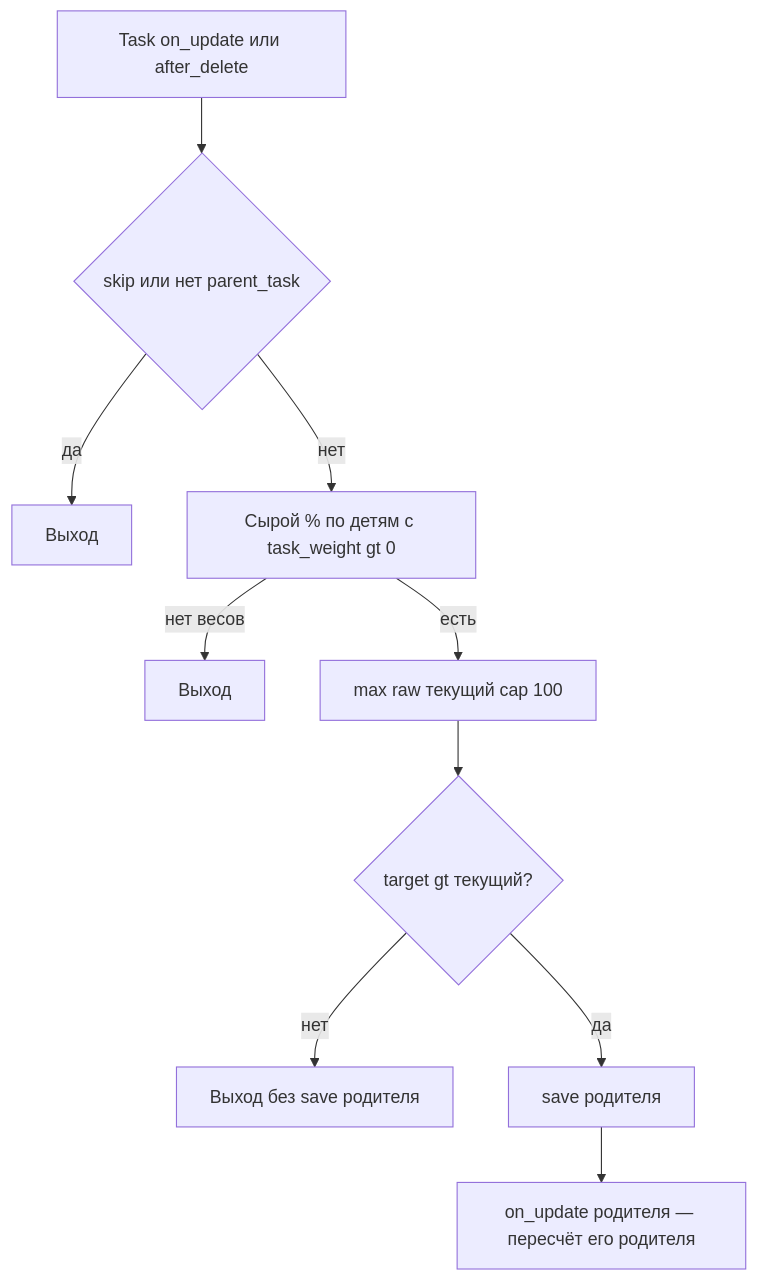
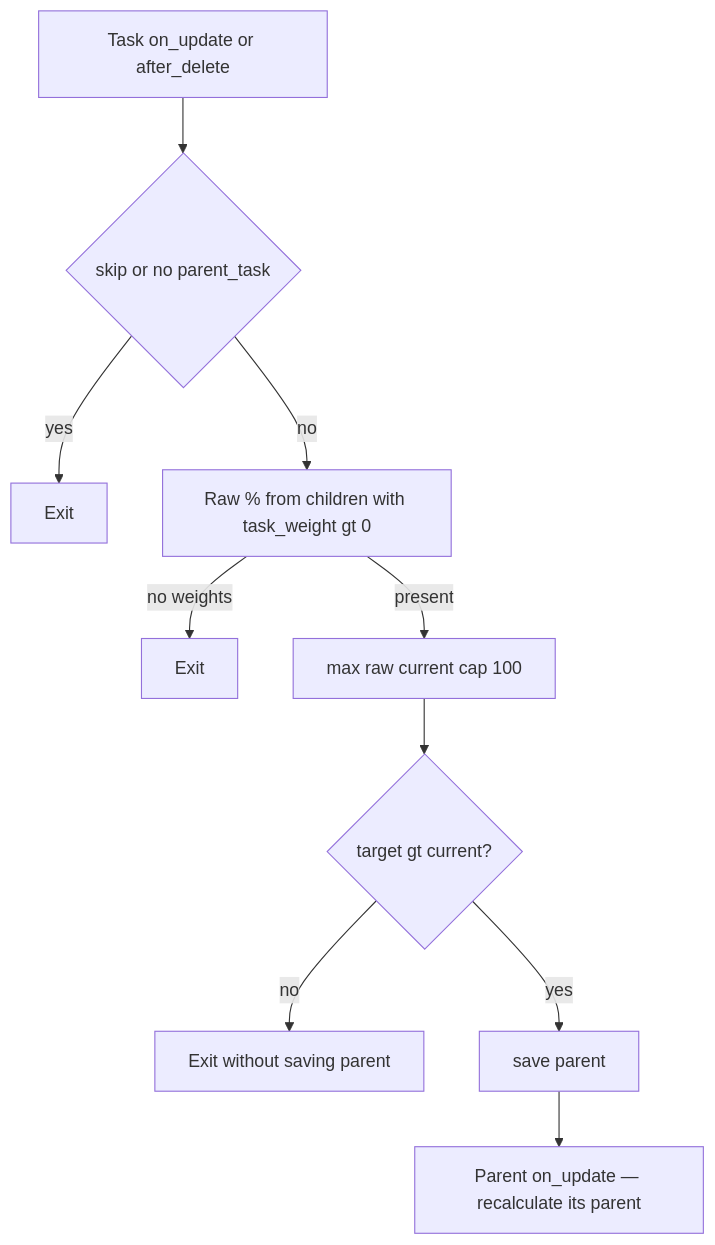
The third of 5 diagrams in README.md (Dinext-pro/dinext-project-tasks-gantt), drawn with Mermaid before and after one commit. The commit also changed other lines of this file and 1 other file, not shown here.

````diff
--- a/README.md
+++ b/README.md
@@ -195,12 +193,12 @@
 ```mermaid
 flowchart TD
-    ou[Task on_update или after_delete] --> gate{skip или нет parent_task}
-    gate -->|да| end1[Выход]
-    gate -->|нет| raw[Сырой % по детям с task_weight gt 0]
-    raw -->|нет весов| end2[Выход]
-    raw -->|есть| mono[max raw текущий cap 100]
-    mono --> grow{target gt текущий?}
-    grow -->|нет| end3[Выход без save родителя]
-    grow -->|да| psave[save родителя]
-    psave --> chain[on_update родителя — пересчёт его родителя]
+    ou[Task on_update or after_delete] --> gate{skip or no parent_task}
+    gate -->|yes| end1[Exit]
+    gate -->|no| raw[Raw % from children with task_weight gt 0]
+    raw -->|no weights| end2[Exit]
+    raw -->|present| mono[max raw current cap 100]
+    mono --> grow{target gt current?}
+    grow -->|no| end3[Exit without saving parent]
+    grow -->|yes| psave[save parent]
+    psave --> chain[Parent on_update — recalculate its parent]
 ```
````
